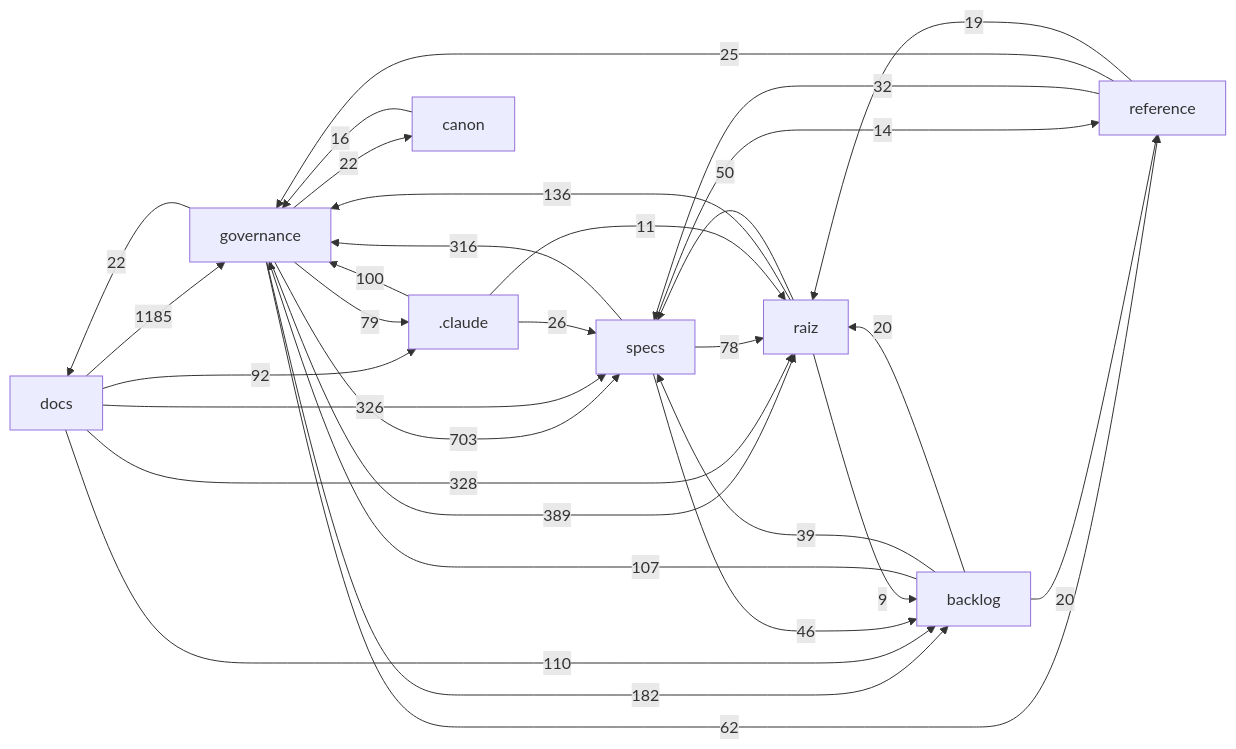
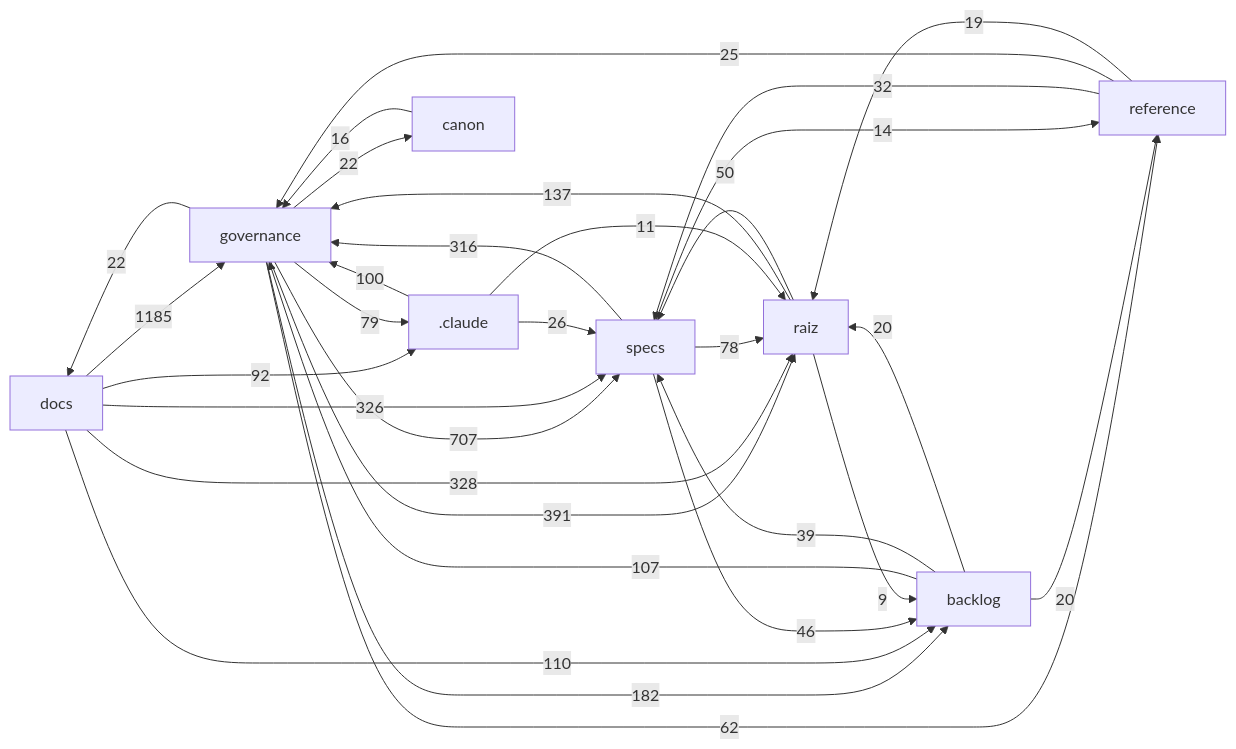
One commit to Andraus35/Sistema-Operacional-de-Trading--SOT changed the diagram in docs/mapa/MAPA-PROJETO.md. Above: the diagram before and after it, drawn with Mermaid. The commit also changed other lines of this file and 4 other files, not shown here.

````diff
--- a/docs/mapa/MAPA-PROJETO.md
+++ b/docs/mapa/MAPA-PROJETO.md
@@ -29,33 +29,33 @@
 ```mermaid
 flowchart LR
   docs["docs"] -->|1185| governance["governance"]
-  governance["governance"] -->|703| specs["specs"]
-  governance["governance"] -->|389| raiz["raiz"]
+  governance["governance"] -->|707| specs["specs"]
+  governance["governance"] -->|391| raiz["raiz"]
   docs["docs"] -->|328| raiz["raiz"]
   docs["docs"] -->|326| specs["specs"]
   specs["specs"] -->|316| governance["governance"]
   governance["governance"] -->|182| backlog["backlog"]
-  raiz["raiz"] -->|136| governance["governance"]
+  raiz["raiz"] -->|137| governance["governance"]
   docs["docs"] -->|110| backlog["backlog"]
   backlog["backlog"] -->|107| governance["governance"]
   _claude[".claude"] -->|100| governance["governance"]
   docs["docs"] -->|92| _claude[".claude"]
   governance["governance"] -->|79| _claude[".claude"]
   specs["specs"] -->|78| raiz["raiz"]
   governance["governance"] -->|62| reference["reference"]
   raiz["raiz"] -->|50| specs["specs"]
   specs["specs"] -->|46| backlog["backlog"]
   backlog["backlog"] -->|39| specs["specs"]
   reference["reference"] -->|32| specs["specs"]
   _claude[".claude"] -->|26| specs["specs"]
   reference["reference"] -->|25| governance["governance"]
   governance["governance"] -->|22| docs["docs"]
   governance["governance"] -->|22| canon["canon"]
   backlog["backlog"] -->|20| raiz["raiz"]
   backlog["backlog"] -->|20| reference["reference"]
   reference["reference"] -->|19| raiz["raiz"]
   canon["canon"] -->|16| governance["governance"]
   specs["specs"] -->|14| reference["reference"]
   _claude[".claude"] -->|11| raiz["raiz"]
   raiz["raiz"] -->|9| backlog["backlog"]
 ```
````
